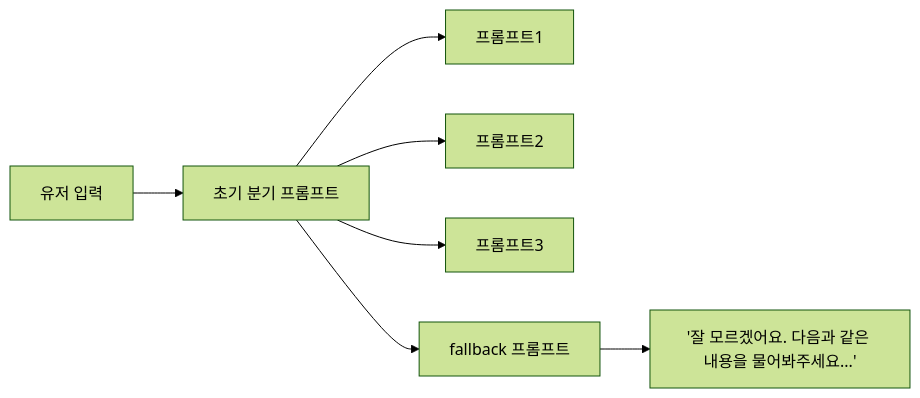
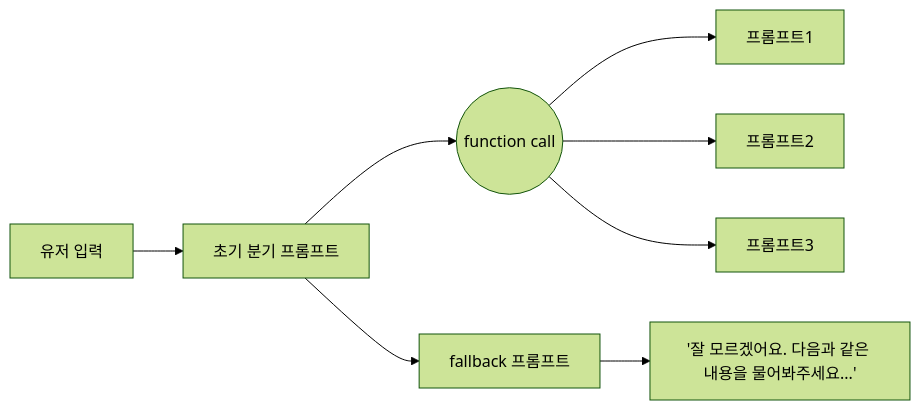
One commit to deflatedlatte/mermaid-test changed the diagram in README.md. Above: the diagram before and after it, drawn with Mermaid (forest theme).

Commit message:
aooiawejofiawejfio

````diff
--- a/README.md
+++ b/README.md
@@ -3,16 +3,18 @@
 ```mermaid
     flowchart LR
         id1["유저 입력"]
+        id2["초기 분기 프롬프트"]
+        id8(("function call"))
         id3["프롬프트1"]
-        id2["초기 분기 프롬프트"]
         id4["프롬프트2"]
         id5["프롬프트3"]
         id6["fallback 프롬프트"]
         id7["'잘 모르겠어요. 다음과 같은 내용을 물어봐주세요...'"]
         id1 --> id2
-        id2 --> id3
-        id2 --> id4
-        id2 --> id5
+        id2 --> id8
+        id8 --> id3
+        id8 --> id4
+        id8 --> id5
         id2 --> id6
         id6 --> id7
 ```
````
